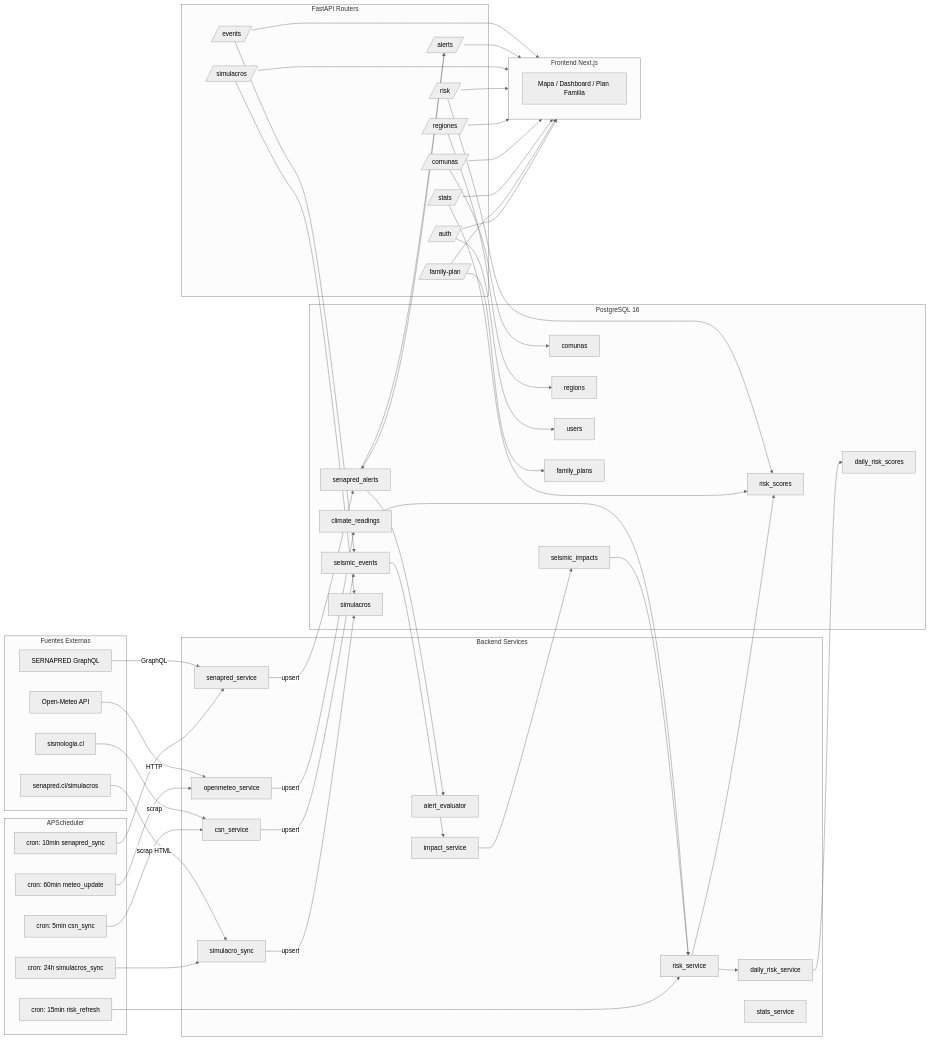
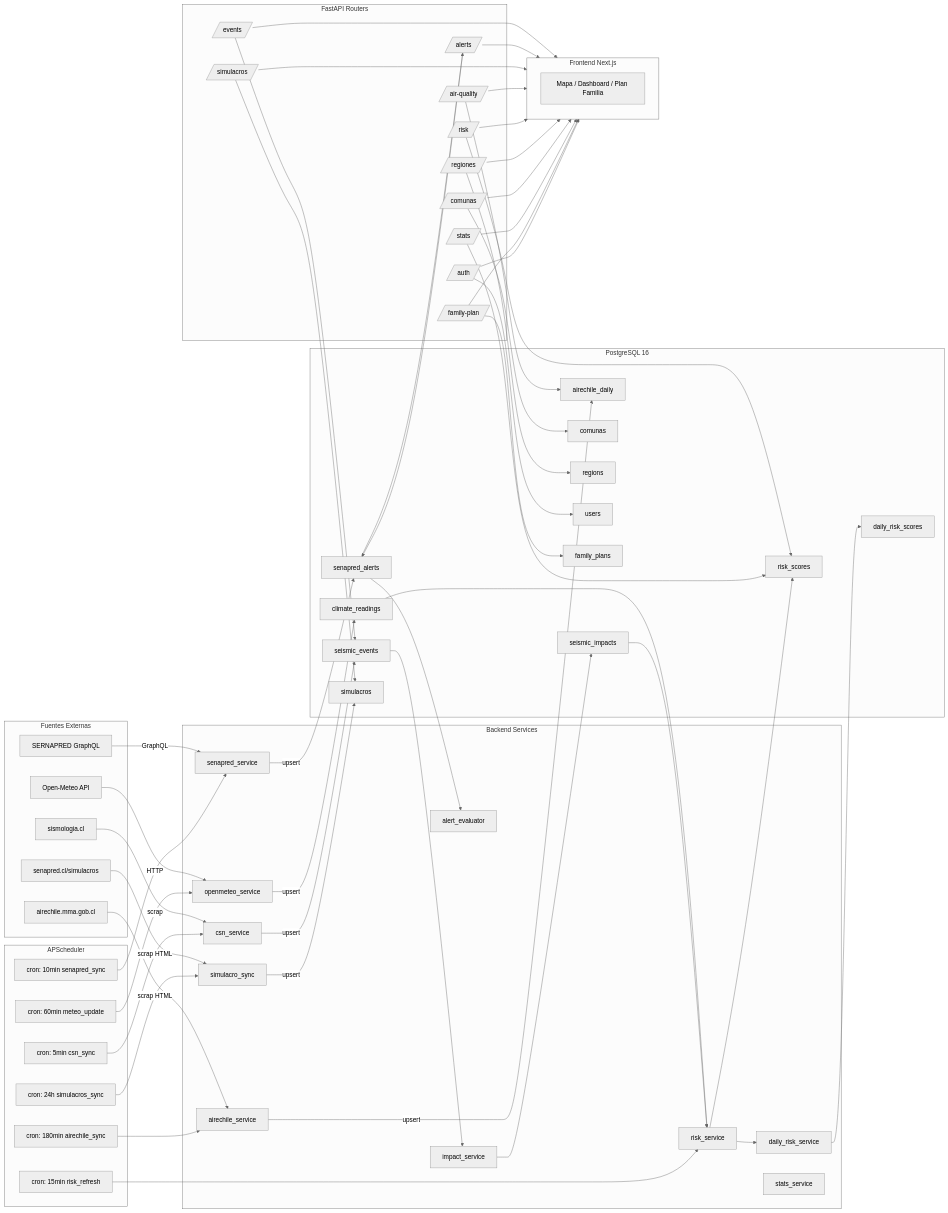
One commit to Alphabeath/ChileRisk changed the second of 2 diagrams in backend/docs/DB-SCHEMA.md. Above: the diagram before and after it, drawn with Mermaid (neutral theme). The commit also changed other lines of this file and 40 other files, not shown here.

First line of the commit message:
feat: integrate Aire Chile GEC air quality data scraping and API endpoints

````diff
--- a/backend/docs/DB-SCHEMA.md
+++ b/backend/docs/DB-SCHEMA.md
@@ -171,6 +186,7 @@
         OM[Open-Meteo API]
         SEN[SERNAPRED GraphQL]
         SIM[senapred.cl/simulacros]
+        AIR[airechile.mma.gob.cl]
     end
 
     subgraph Servicios["Backend Services"]
@@ -178,6 +194,7 @@
         MET_SVC[openmeteo_service]
         SEN_SVC[senapred_service]
         SIM_SVC[simulacro_sync]
+        AIR_SVC[airechile_service]
         EVAL[alert_evaluator]
         RISK[risk_service]
         DAILY[daily_risk_service]
@@ -191,6 +208,7 @@
         CR[climate_readings]
         SA[senapred_alerts]
         SM[simulacros]
+        AD[airechile_daily]
         RS[risk_scores]
         DRS[daily_risk_scores]
         COM[comunas]
@@ -203,6 +221,7 @@
         EV[/events/]
         AL[/alerts/]
         SIM_API[/simulacros/]
+        AIR_API[/air-quality/]
         RISK_API[/risk/]
         REG_API[/regiones/]
         COM_API[/comunas/]
@@ -219,11 +238,13 @@
     OM -->|HTTP| MET_SVC
     SEN -->|GraphQL| SEN_SVC
     SIM -->|scrap HTML| SIM_SVC
+    AIR -->|scrap HTML| AIR_SVC
 
     CSN_SVC -->|upsert| SE
     MET_SVC -->|upsert| CR
     SEN_SVC -->|upsert| SA
     SIM_SVC -->|upsert| SM
+    AIR_SVC -->|upsert| AD
 
     SE --> IMPACT --> SI
     CR --> RISK
@@ -236,6 +257,7 @@
     EV --> SE
     AL --> SA
     SIM_API --> SM
+    AIR_API --> AD
     RISK_API --> RS
     REG_API --> REG
     COM_API --> COM
@@ -246,6 +268,7 @@
     EV --> FE
     AL --> FE
     SIM_API --> FE
+    AIR_API --> FE
     RISK_API --> FE
     REG_API --> FE
     COM_API --> FE
@@ -259,6 +282,7 @@
         J3[cron: 10min senapred_sync]
         J4[cron: 24h simulacros_sync]
         J5[cron: 15min risk_refresh]
+        J6[cron: 180min airechile_sync]
     end
 
     J1 --> CSN_SVC
@@ -266,4 +290,5 @@
     J3 --> SEN_SVC
     J4 --> SIM_SVC
     J5 --> RISK
+    J6 --> AIR_SVC
 ```
````
